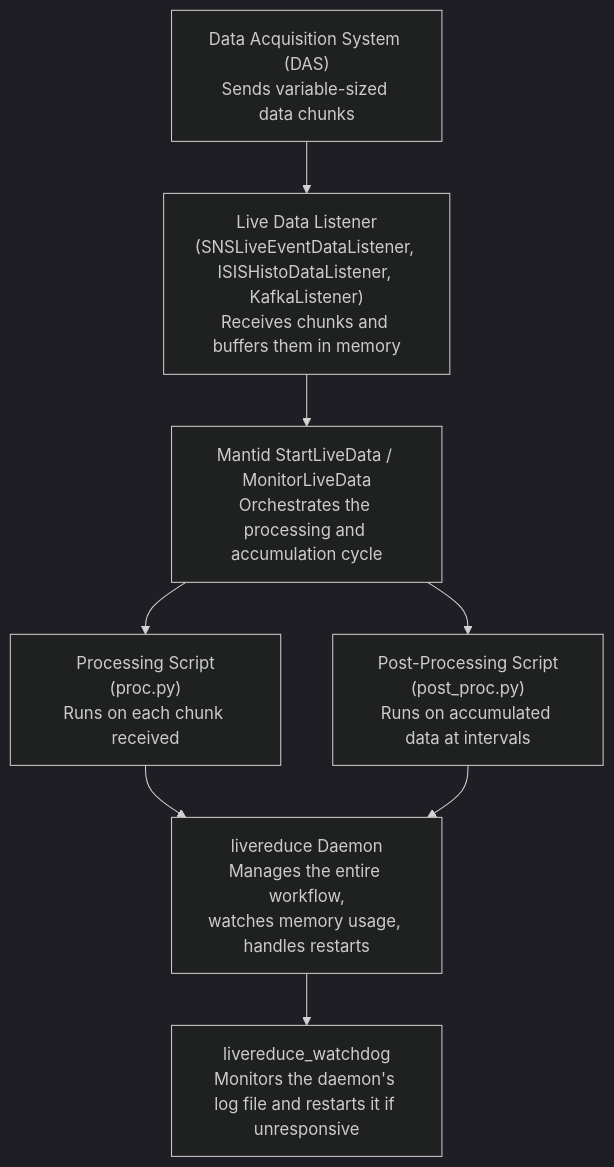
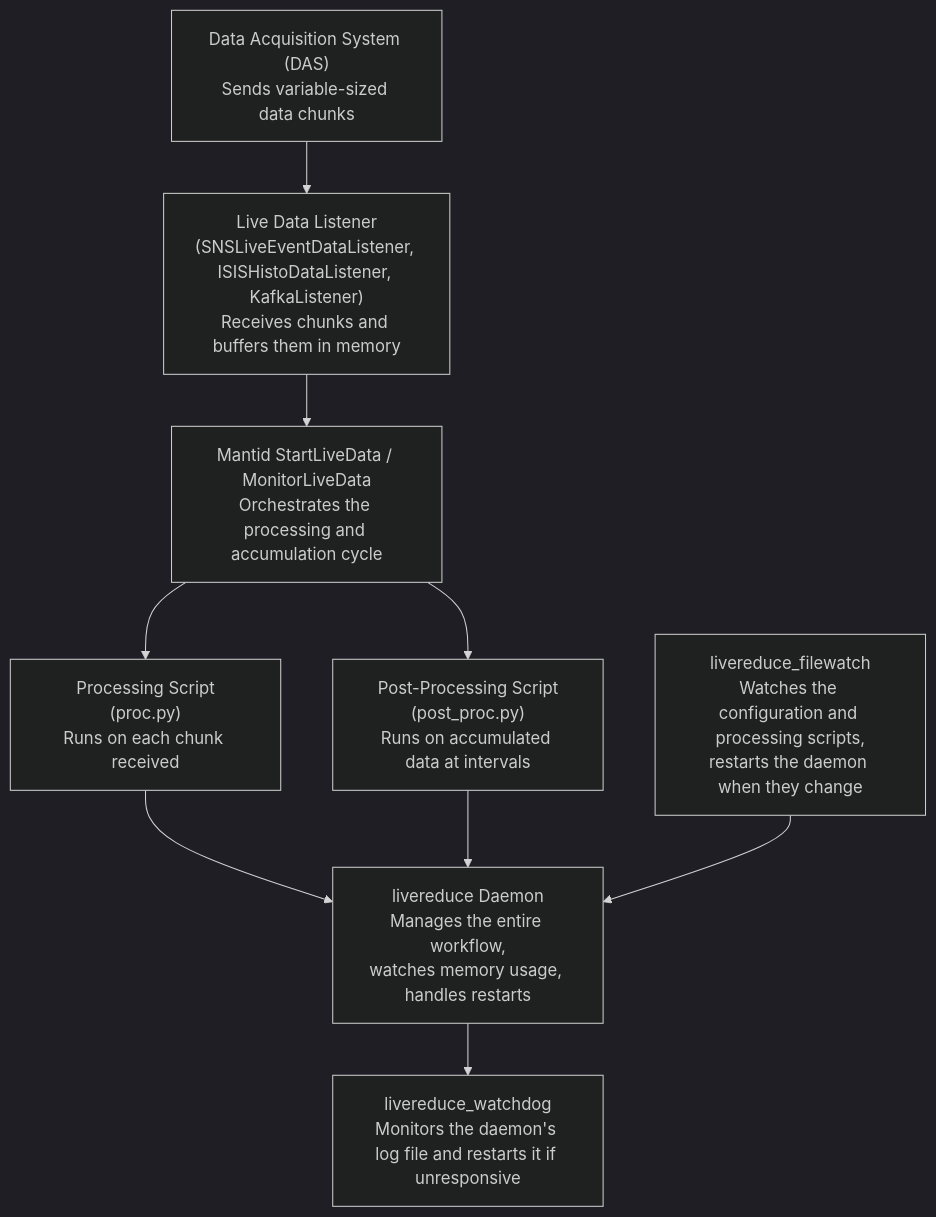
The diagram in docs/architecture.md (mantidproject/livereduce), drawn with Mermaid (dark theme) before and after one commit. The commit also changed other lines of this file and 22 other files, not shown here.

````diff
--- a/docs/architecture.md
+++ b/docs/architecture.md
@@ -9,18 +9,20 @@
 ```mermaid
 flowchart TD
     DAS["Data Acquisition System (DAS)<br/>Sends variable-sized data chunks"]
     Listener["Live Data Listener<br/>(SNSLiveEventDataListener, ISISHistoDataListener, KafkaListener)<br/>Receives chunks and buffers them in memory"]
     Mantid["Mantid StartLiveData / MonitorLiveData<br/>Orchestrates the processing and accumulation cycle"]
     ProcScript["Processing Script<br/>(proc.py)<br/>Runs on each chunk received"]
     PostScript["Post-Processing Script<br/>(post_proc.py)<br/>Runs on accumulated data at intervals"]
     Daemon["livereduce Daemon<br/>Manages the entire workflow,<br/>watches memory usage, handles restarts"]
     Watchdog["livereduce_watchdog<br/>Monitors the daemon's log file and restarts it if unresponsive"]
+    FileWatch["livereduce_filewatch<br/>Watches the configuration and processing scripts,<br/>restarts the daemon when they change"]
 
     DAS --> Listener
     Listener --> Mantid
     Mantid --> ProcScript
     Mantid --> PostScript
     ProcScript --> Daemon
     PostScript --> Daemon
     Daemon --> Watchdog
+    FileWatch --> Daemon
 ```
````
